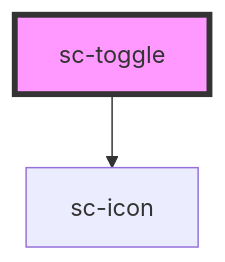
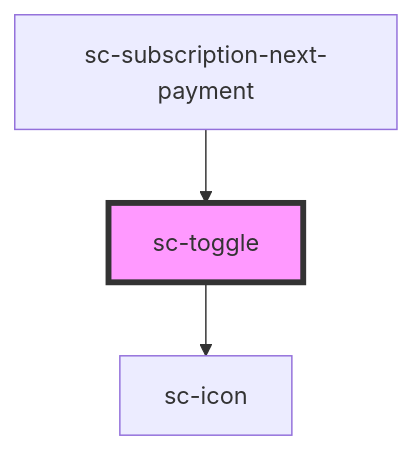
The diagram in packages/components/src/components/ui/sc-toggle/readme.md (surecart/surecart-wp-plugin), drawn with Mermaid before and after one commit. The commit also changed other lines of this file and 44 other files, not shown here.

````diff
--- a/packages/components/src/components/ui/sc-toggle/readme.md
+++ b/packages/components/src/components/ui/sc-toggle/readme.md
@@ -49,5 +53,6 @@
 ```mermaid
 graph TD;
   sc-toggle --> sc-icon
+  sc-subscription-next-payment --> sc-toggle
   style sc-toggle fill:#f9f,stroke:#333,stroke-width:4px
 ```
````
